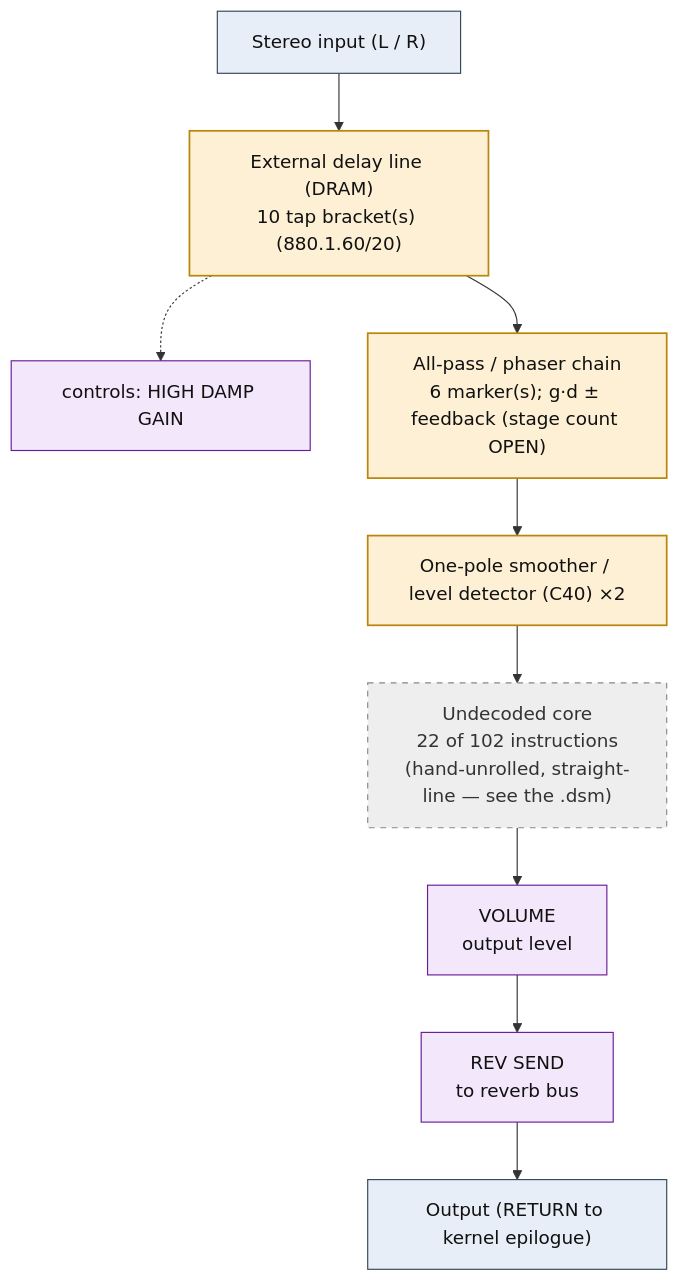
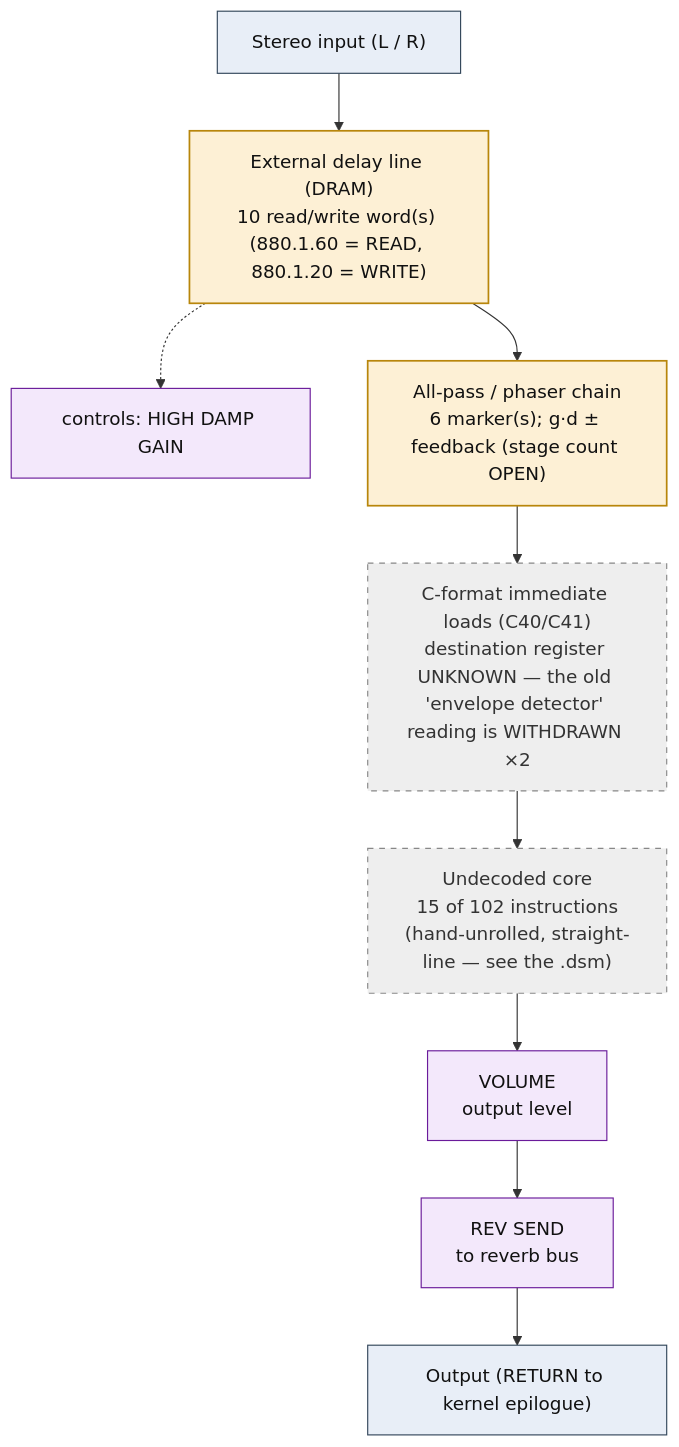
Before and after one commit to ArqueologiaDigital/KN5000-docs: the diagram in flowcharts/prog08_gated_reverb.md, drawn with Mermaid. The commit also changed other lines of this file and 38 other files, not shown here.

First line of the commit message:
flowcharts: withdraw the envelope-detector reading, decode the DRAM accesses

````diff
--- a/flowcharts/prog08_gated_reverb.md
+++ b/flowcharts/prog08_gated_reverb.md
@@ -19,31 +19,31 @@
 ```mermaid
 flowchart TD
     N0["Stereo input (L / R)"]
-    N1["External delay line (DRAM)<br/>10 tap bracket(s) (880.1.60/20)"]
+    N1["External delay line (DRAM)<br/>10 read/write word(s) (880.1.60 = READ, 880.1.20 = WRITE)"]
     N0 --> N1
     N2["controls: HIGH DAMP GAIN"]
     N1 -.-> N2
     N3["All-pass / phaser chain<br/>6 marker(s); g&middot;d &plusmn; feedback (stage count OPEN)"]
     N1 --> N3
-    N4["One-pole smoother / level detector (C40) &times;2"]
+    N4["C-format immediate loads (C40/C41)<br/>destination register UNKNOWN &mdash; the old 'envelope detector' reading is WITHDRAWN &times;2"]
     N3 --> N4
-    N5["Undecoded core<br/>22 of 102 instructions<br/>(hand-unrolled, straight-line &mdash; see the .dsm)"]
+    N5["Undecoded core<br/>15 of 102 instructions<br/>(hand-unrolled, straight-line &mdash; see the .dsm)"]
     N4 --> N5
     N6["VOLUME<br/>output level"]
     N5 --> N6
     N7["REV SEND<br/>to reverb bus"]
     N6 --> N7
     N8["Output (RETURN to kernel epilogue)"]
     N7 --> N8
 
     classDef io fill:#e8eef7,stroke:#33475b,stroke-width:1px,color:#111;
     classDef proven fill:#d7f0d7,stroke:#2e7d32,stroke-width:2px,color:#111;
     classDef measured fill:#dbe9fb,stroke:#1565c0,stroke-width:1.5px,color:#111;
     classDef inferred fill:#fdf0d5,stroke:#b8860b,stroke-width:1.5px,color:#111;
     classDef open fill:#eeeeee,stroke:#888,stroke-width:1px,color:#333,stroke-dasharray:5 5;
     classDef ctrl fill:#f3e8fb,stroke:#6a1b9a,stroke-width:1px,color:#111;
     class N0,N8 io;
-    class N1,N3,N4 inferred;
+    class N1,N3 inferred;
     class N2,N6,N7 ctrl;
-    class N5 open;
+    class N4,N5 open;
 ```
````
